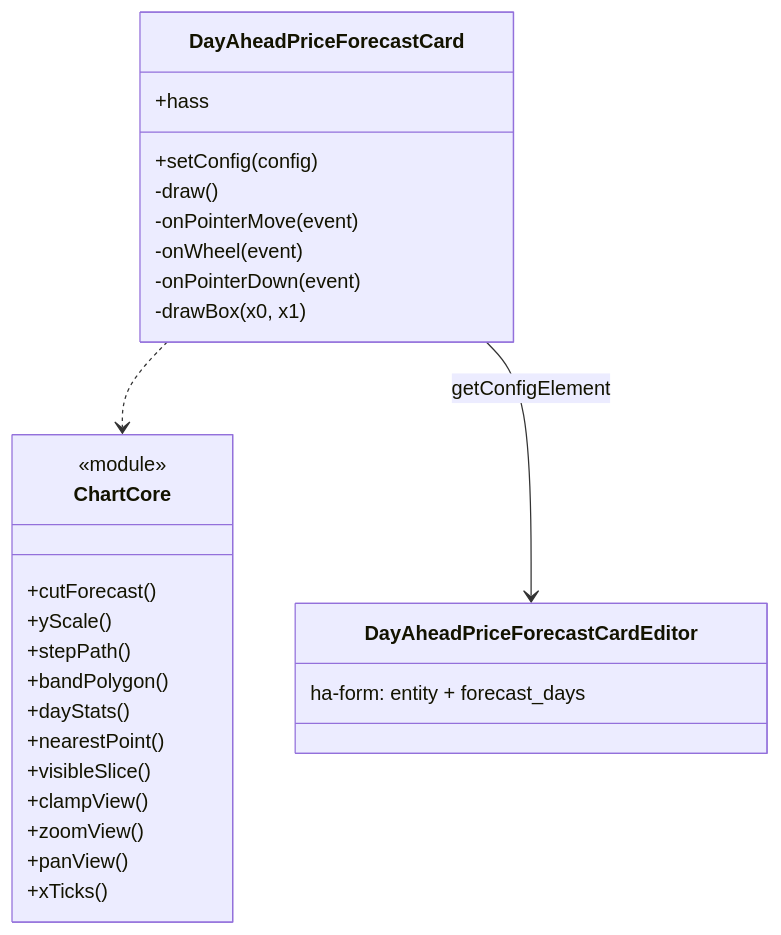
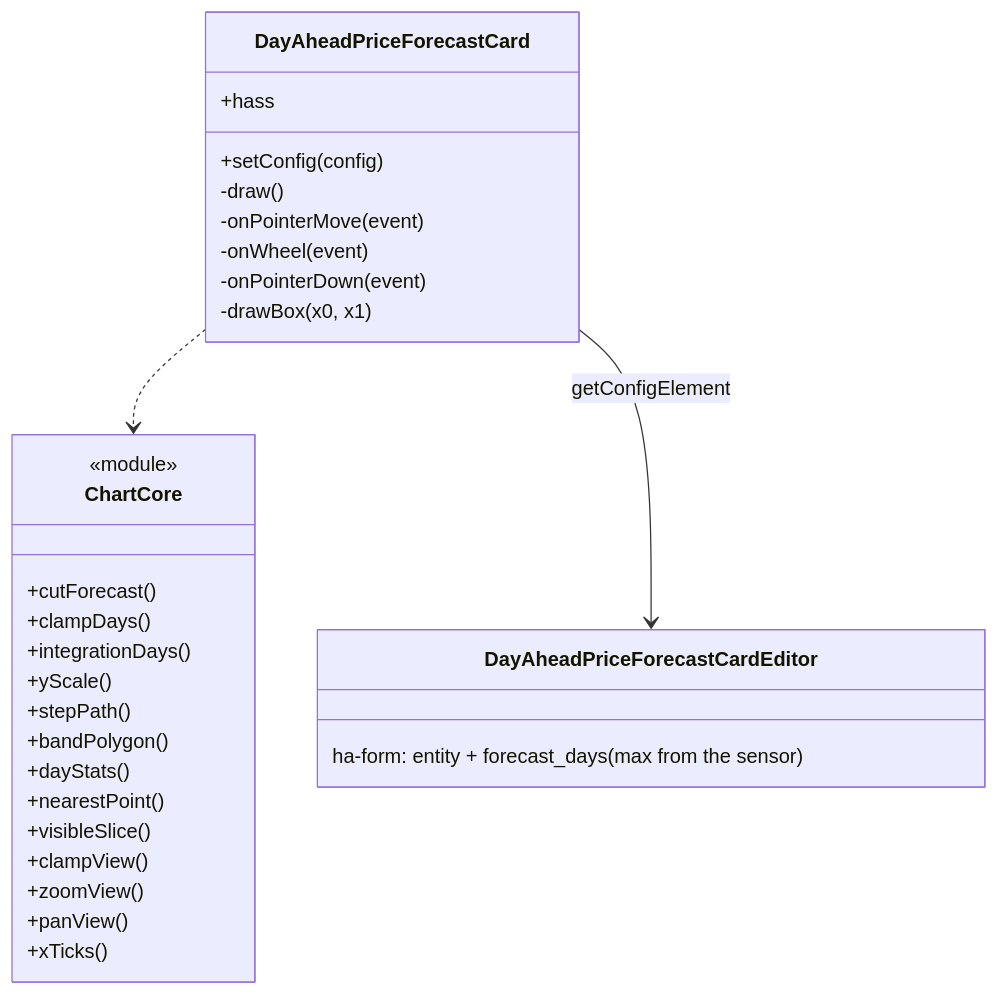
One commit to abroeders/7day-ahead-price-forecast changed the fourth of 5 diagrams in docs/architecture.md. Above: the diagram before and after it, drawn with Mermaid. The commit also changed other lines of this file and 26 other files, not shown here.

First line of the commit message:
feat: configurable number of forecast days (#17)

````diff
--- a/docs/architecture.md
+++ b/docs/architecture.md
@@ -150,31 +153,33 @@
 ```mermaid
 classDiagram
   class DayAheadPriceForecastCard {
     +setConfig(config)
     +hass
     -draw()
     -onPointerMove(event)
     -onWheel(event)
     -onPointerDown(event)
     -drawBox(x0, x1)
   }
   class DayAheadPriceForecastCardEditor {
-    ha-form: entity + forecast_days
+    ha-form: entity + forecast_days (max from the sensor)
   }
   class ChartCore {
     <<module>>
     +cutForecast()
+    +clampDays()
+    +integrationDays()
     +yScale()
     +stepPath()
     +bandPolygon()
     +dayStats()
     +nearestPoint()
     +visibleSlice()
     +clampView()
     +zoomView()
     +panView()
     +xTicks()
   }
   DayAheadPriceForecastCard ..> ChartCore
   DayAheadPriceForecastCard --> DayAheadPriceForecastCardEditor : getConfigElement
 ```
````
